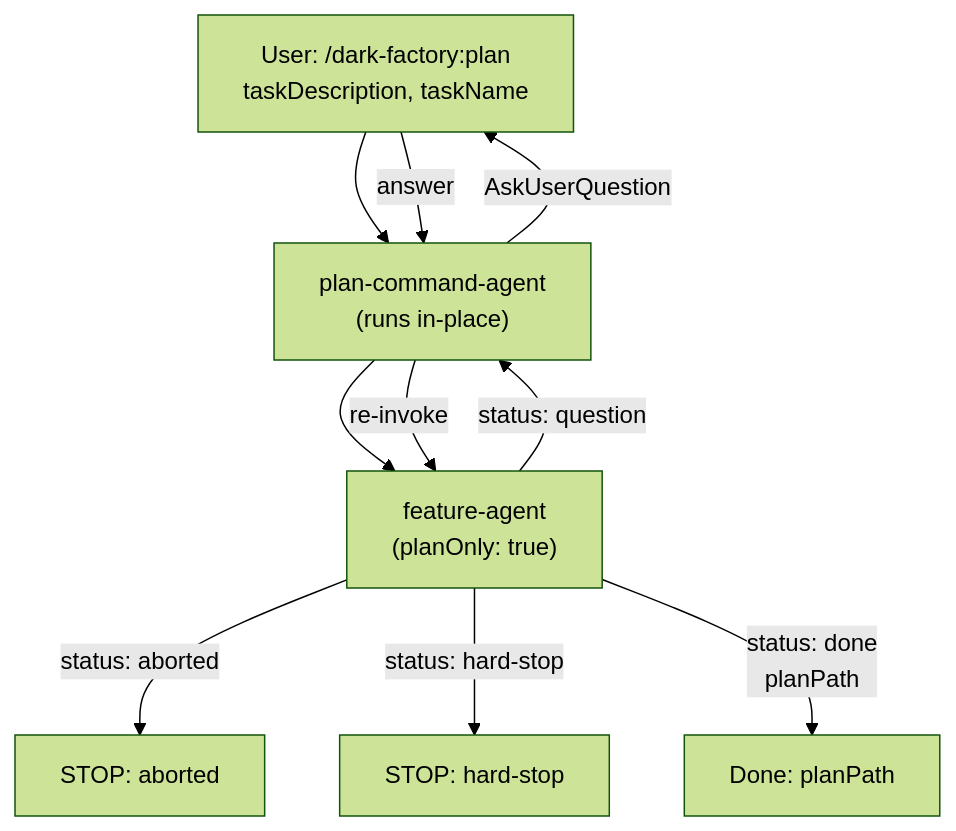
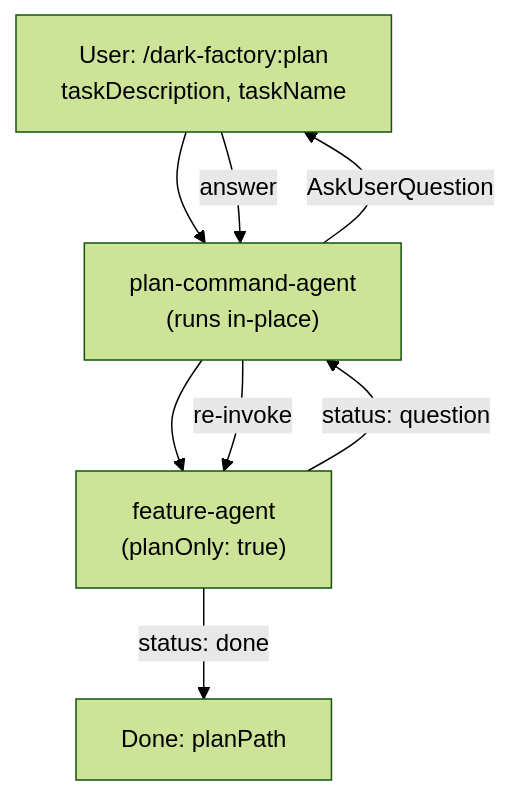
The diagram in docs/docs/plan-command-agent.md (lewibs/dark-factory), drawn with Mermaid (forest theme) before and after one commit. The commit also changed other lines of this file and 11 other files, not shown here.

````diff
--- a/docs/docs/plan-command-agent.md
+++ b/docs/docs/plan-command-agent.md
@@ -13,17 +7,15 @@
 ```mermaid
 flowchart TD
-  User["User: /dark-factory:plan\ntaskDescription, taskName"] --> PCA
+  User["User: /dark-factory:plan<br/>taskDescription, taskName"] --> PCA
 
-  PCA["plan-command-agent\n(runs in-place)"]
+  PCA["plan-command-agent<br/>(runs in-place)"]
 
-  PCA --> FA["feature-agent\n(planOnly: true)"]
+  PCA --> FA["feature-agent<br/>(planOnly: true)"]
 
   FA -->|"status: question"| PCA
   PCA -->|"AskUserQuestion"| User
   User -->|"answer"| PCA
   PCA -->|"re-invoke"| FA
 
-  FA -->|"status: aborted"| ABORT["STOP: aborted"]
-  FA -->|"status: hard-stop"| HSTOP["STOP: hard-stop"]
-  FA -->|"status: done\nplanPath"| Done["Done: planPath"]
+  FA -->|"status: done"| Done["Done: planPath"]
 ```
````
